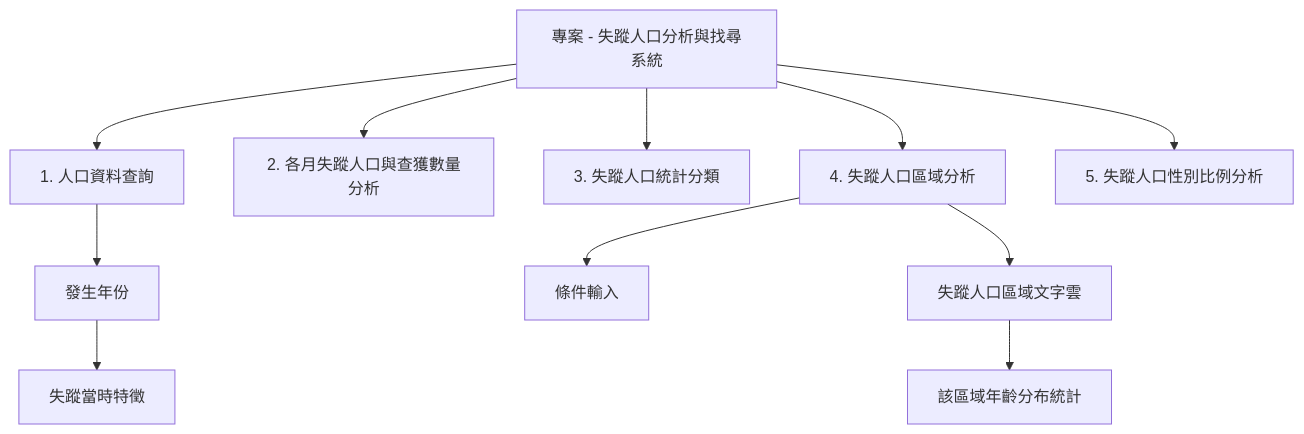
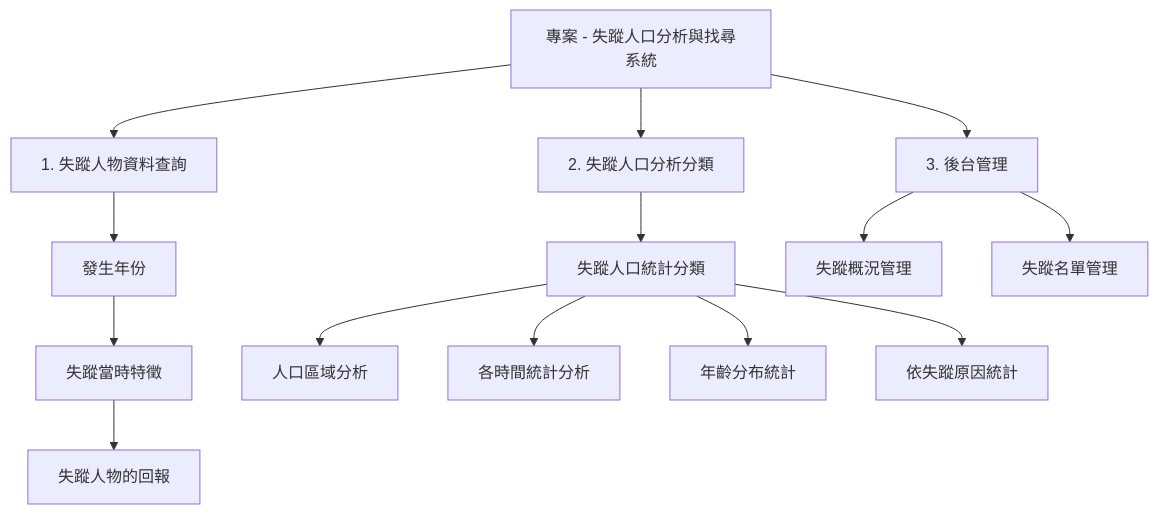
The second of 2 diagrams in README.md (pei0929/111-1-system-analysis-09), drawn with Mermaid before and after one commit. The commit also changed other lines of this file, not shown here.

Commit message:
更新使用案例圖**查詢系統**

````diff
--- a/README.md
+++ b/README.md
@@ -93,25 +93,27 @@
 ```mermaid
 flowchart TB;
 
 main[專案 - 失蹤人口分析與找尋系統]
-a1[1. 人口資料查詢]
-a1-->a1-1[發生年份]
-a1-1-->a1-2[失蹤當時特徵]
+a1[1. 失蹤人物資料查詢]
+    a1-->a1-1[發生年份]
+    a1-1-->a1-2[失蹤當時特徵]
+    a1-2-->a1-3[失蹤人物的回報]
 
-a2[2. 各月失蹤人口與查獲數量分析]
-a3[3. 失蹤人口統計分類]
-a4[4. 失蹤人口區域分析]
-a4-->a4-0[條件輸入]
-a4-->a4-1[失蹤人口區域文字雲]
-a4-1-->a4-2[該區域年齡分布統計]
-a5[5. 失蹤人口性別比例分析]
+a2[2. 失蹤人口分析分類]
+a2-->a2-1[失蹤人口統計分類]
 
+    a2-1-->a2-2[人口區域分析]
+    a2-1-->a2-3[各時間統計分析]
+    a2-1-->a2-4[年齡分布統計]
+    a2-1-->a2-5[依失蹤原因統計]
 
-
+    a3[3. 後台管理]
+    a3-->a3-0[失蹤概況管理]
+    a3-->a3-1[失蹤名單管理]
 
 main-->a1;
 main-->a2;
 main-->a3;
-main-->a4;
-main-->a5;
+
+
 ```
````
